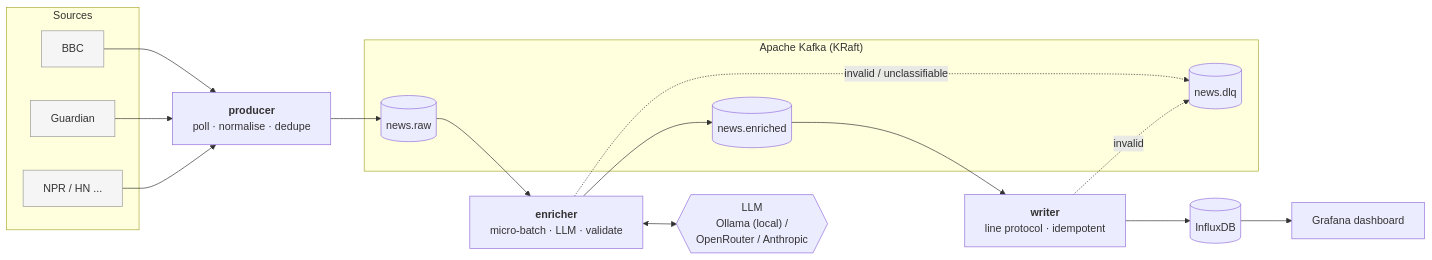
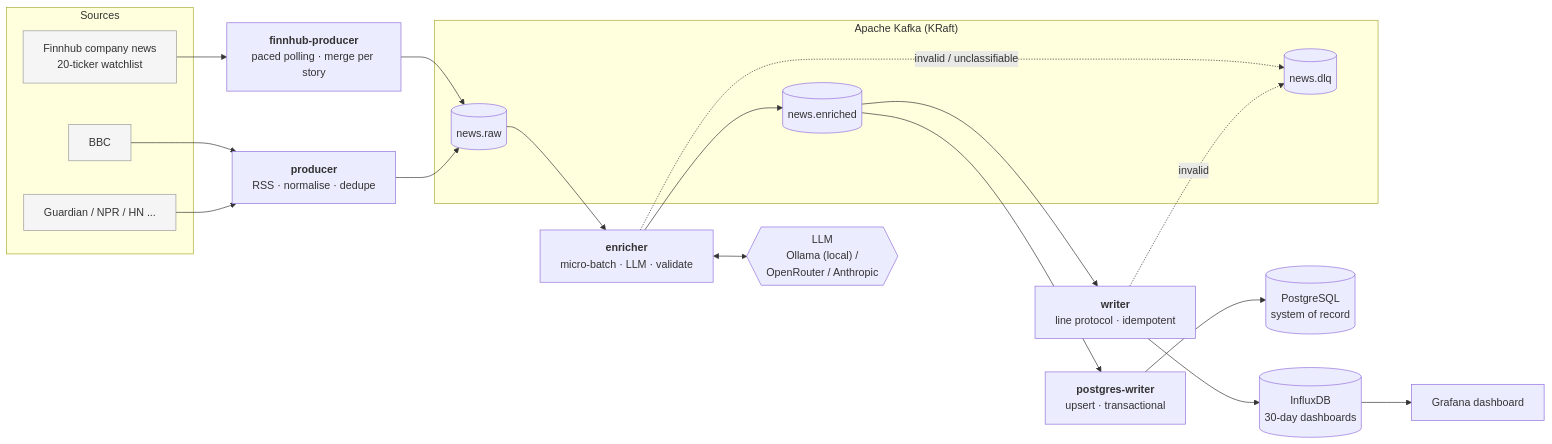
The diagram in README.md (pedropereira4/news-sentiment-trading-signals), drawn with Mermaid before and after one commit. The commit also changed other lines of this file and 23 other files, not shown here.

Commit message:
Postgres system

````diff
--- a/README.md
+++ b/README.md
@@ -27,28 +28,33 @@
 ```mermaid
 flowchart LR
     subgraph Sources
+        FH[Finnhub company news<br/>20-ticker watchlist]:::src
         RSS1[BBC]:::src
-        RSS2[Guardian]:::src
-        RSS3[NPR / HN ...]:::src
+        RSS2[Guardian / NPR / HN ...]:::src
     end
 
-    P["<b>producer</b><br/>poll · normalise · dedupe"]
+    F["<b>finnhub-producer</b><br/>paced polling · merge per story"]
+    P["<b>producer</b><br/>RSS · normalise · dedupe"]
     subgraph Kafka["Apache Kafka (KRaft)"]
         T1[(news.raw)]
         T2[(news.enriched)]
         T3[(news.dlq)]
     end
     E["<b>enricher</b><br/>micro-batch · LLM · validate"]
     LLM{{"LLM<br/>Ollama (local) /<br/>OpenRouter / Anthropic"}}
     W["<b>writer</b><br/>line protocol · idempotent"]
-    I[(InfluxDB)]
+    PW["<b>postgres-writer</b><br/>upsert · transactional"]
+    I[(InfluxDB<br/>30-day dashboards)]
+    PG[(PostgreSQL<br/>system of record)]
     G[Grafana dashboard]
 
-    RSS1 & RSS2 & RSS3 --> P --> T1 --> E
+    FH --> F --> T1
+    RSS1 & RSS2 --> P --> T1 --> E
     E <--> LLM
     E --> T2 --> W --> I --> G
+    T2 --> PW --> PG
     E -. invalid / unclassifiable .-> T3
     W -. invalid .-> T3
 
     classDef src fill:#f5f5f5,stroke:#999
 ```
````
